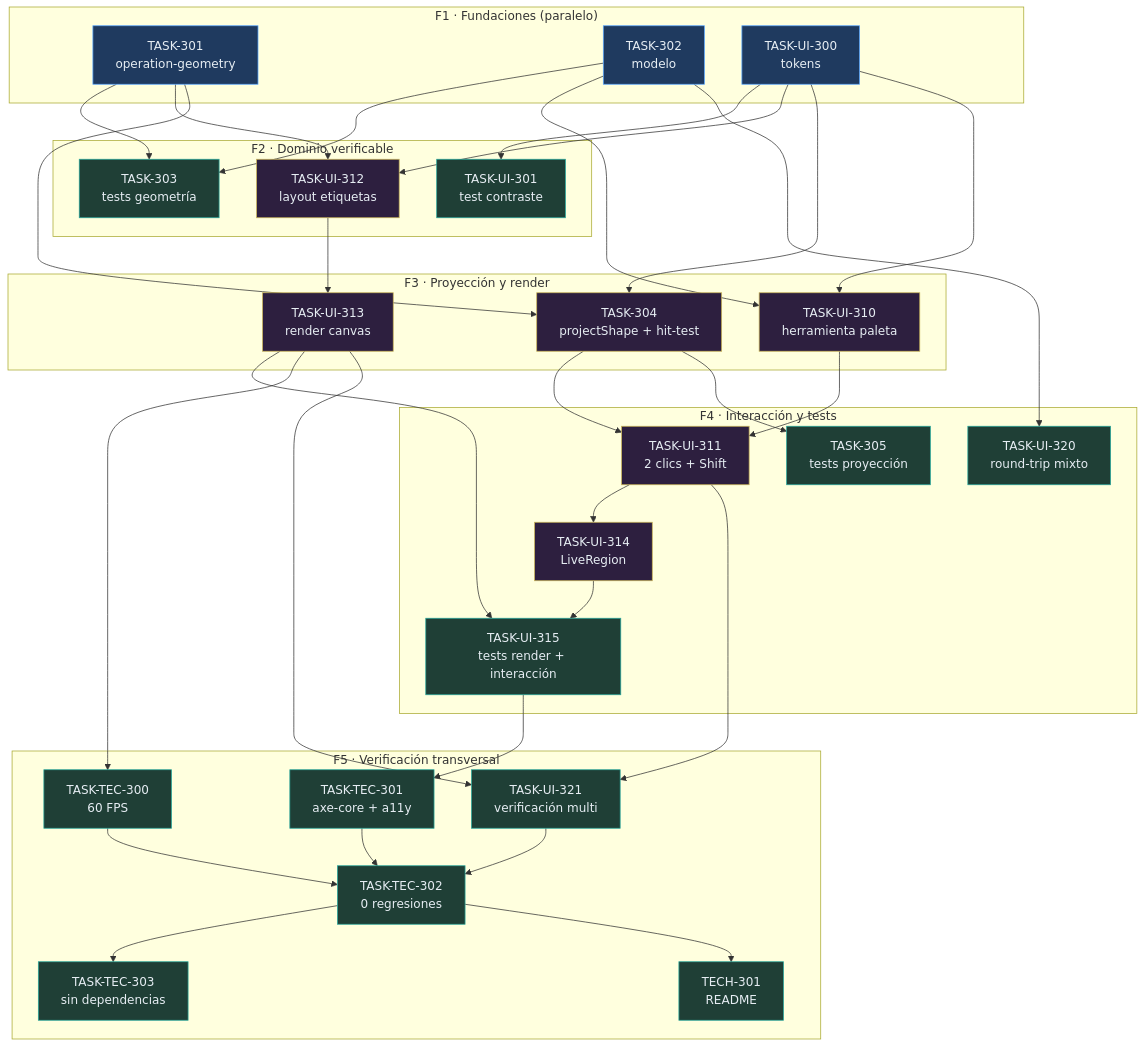
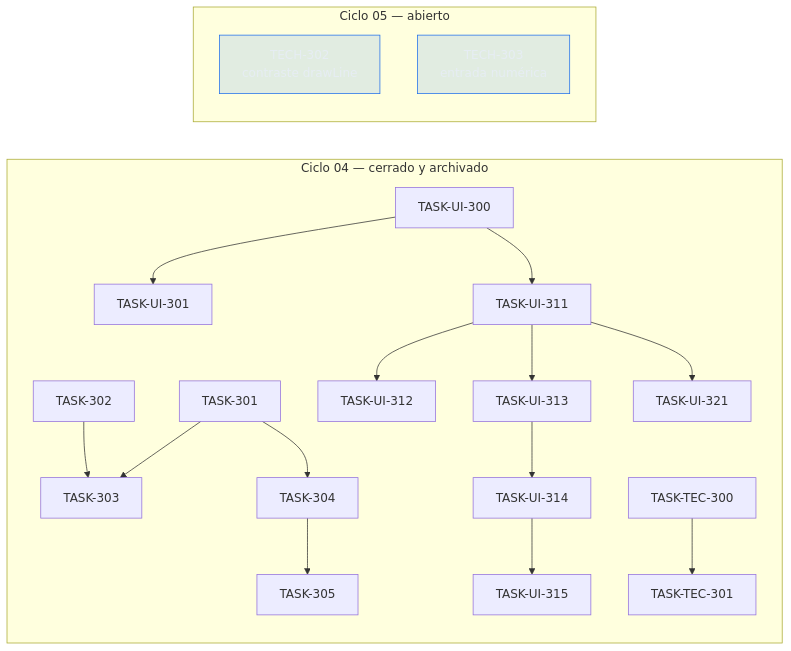
Before and after one commit to villarrealfx/fx_trad: the diagram in _docs/backlog-graph.mmd, drawn with Mermaid. The commit also changed 48 other files, not shown here.

```diff
--- a/_docs/backlog-graph.mmd
+++ b/_docs/backlog-graph.mmd
@@ -1,66 +1,22 @@
-graph TD
-  subgraph F1["F1 · Fundaciones (paralelo)"]
-    T301[TASK-301<br/>operation-geometry]:::f
-    T302[TASK-302<br/>modelo]:::f
-    TUI300[TASK-UI-300<br/>tokens]:::f
+graph LR
+  subgraph cerrado["Ciclo 04 — cerrado y archivado"]
+    T301[TASK-301] --> T303[TASK-303]
+    T302[TASK-302] --> T303
+    T301 --> T304[TASK-304]
+    T304 --> T305[TASK-305]
+    UI300[TASK-UI-300] --> UI301[TASK-UI-301]
+    UI300 --> UI311[TASK-UI-311]
+    UI311 --> UI312[TASK-UI-312]
+    UI311 --> UI313[TASK-UI-313]
+    UI313 --> UI314[TASK-UI-314]
+    UI314 --> UI315[TASK-UI-315]
+    UI311 --> UI321[TASK-UI-321]
+    TEC300[TASK-TEC-300] --> TEC301[TASK-TEC-301]
   end
 
-  subgraph F2["F2 · Dominio verificable"]
-    T303[TASK-303<br/>tests geometría]:::t
-    TUI301[TASK-UI-301<br/>test contraste]:::t
-    TUI312[TASK-UI-312<br/>layout etiquetas]:::d
+  subgraph c05["Ciclo 05 — abierto"]
+    T302d[TECH-302<br/>contraste drawLine]:::debt
+    T303d[TECH-303<br/>entrada numérica]:::debt
   end
 
-  subgraph F3["F3 · Proyección y render"]
-    T304[TASK-304<br/>projectShape + hit-test]:::d
-    TUI310[TASK-UI-310<br/>herramienta paleta]:::d
-    TUI313[TASK-UI-313<br/>render canvas]:::d
-  end
-
-  subgraph F4["F4 · Interacción y tests"]
-    TUI311[TASK-UI-311<br/>2 clics + Shift]:::d
-    TUI314[TASK-UI-314<br/>LiveRegion]:::d
-    T305[TASK-305<br/>tests proyección]:::t
-    TUI315[TASK-UI-315<br/>tests render + interacción]:::t
-    TUI320[TASK-UI-320<br/>round-trip mixto]:::t
-  end
-
-  subgraph F5["F5 · Verificación transversal"]
-    TT300[TASK-TEC-300<br/>60 FPS]:::t
-    TT301[TASK-TEC-301<br/>axe-core + a11y]:::t
-    TT302[TASK-TEC-302<br/>0 regresiones]:::t
-    TT303[TASK-TEC-303<br/>sin dependencias]:::t
-    TUI321[TASK-UI-321<br/>verificación multi]:::t
-    TDOC[TECH-301<br/>README]:::t
-  end
-
-  T301 --> T303
-  T302 --> T303
-  TUI300 --> TUI301
-  T301 --> TUI312
-  TUI300 --> TUI312
-  T301 --> T304
-  TUI300 --> T304
-  T302 --> TUI310
-  TUI300 --> TUI310
-  TUI312 --> TUI313
-  TUI310 --> TUI311
-  T304 --> TUI311
-  T304 --> T305
-  TUI311 --> TUI314
-  TUI313 --> TUI315
-  TUI314 --> TUI315
-  TUI313 --> TT300
-  TUI315 --> TT301
-  TUI311 --> TUI321
-  TUI313 --> TUI321
-  T302 --> TUI320
-  TUI321 --> TT302
-  TT300 --> TT302
-  TT301 --> TT302
-  TT302 --> TT303
-  TT302 --> TDOC
-
-  classDef f fill:#1f3a5f,stroke:#58A6FF,color:#E6EDF3
-  classDef d fill:#2d1f3f,stroke:#C9B458,color:#E6EDF3
-  classDef t fill:#1f3f36,stroke:#26A69A,color:#E6EDF3
+  classDef debt fill:#1f6feb22,stroke:#1f6feb,color:#e6edf3
```
